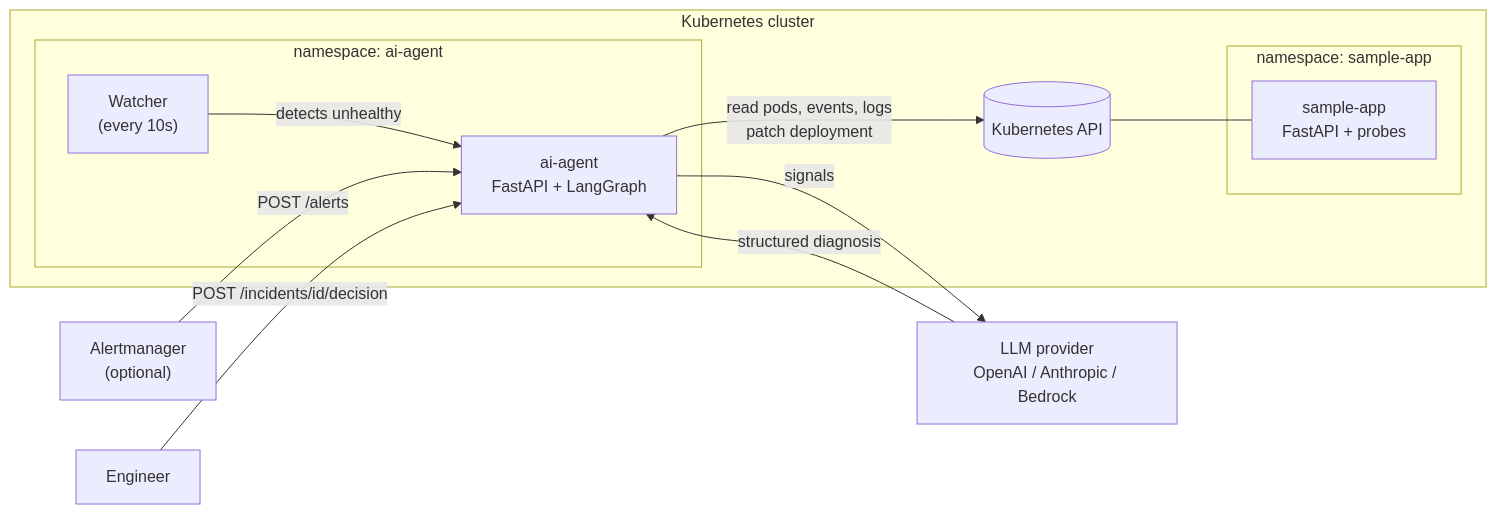
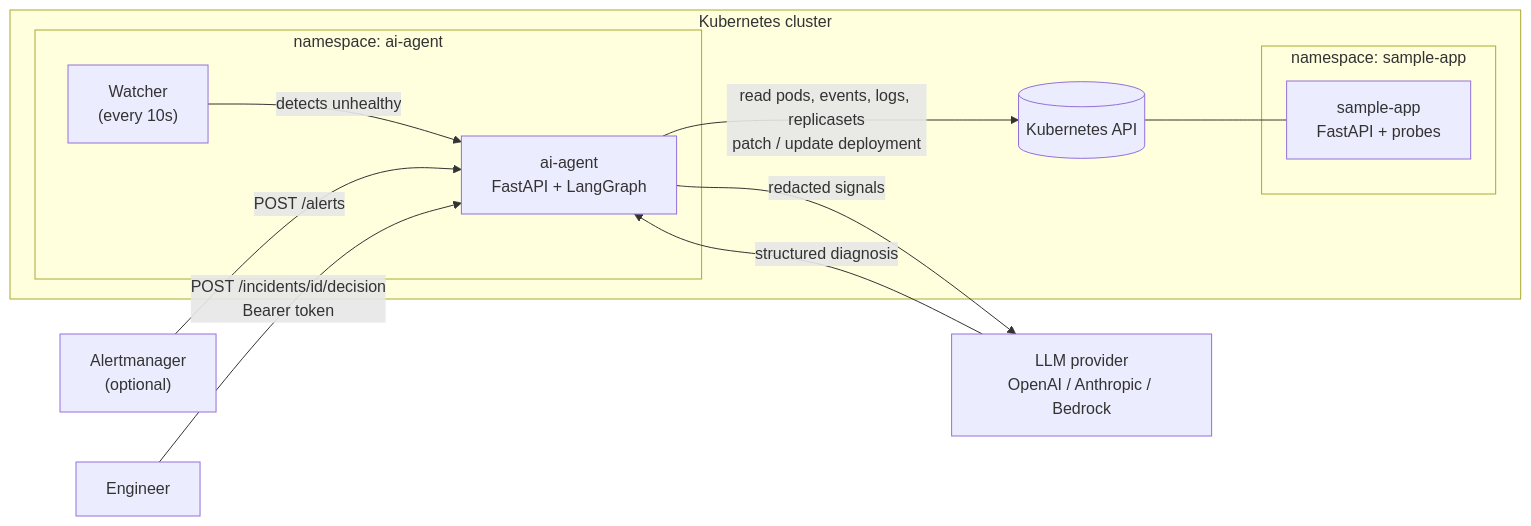
The first of 2 diagrams in README.md (KarthikKumarBA/ai-agent-platform), drawn with Mermaid before and after one commit. The commit also changed other lines of this file and 12 other files, not shown here.

Commit message:
Add rollback, approval expiry, API token auth, secret redaction, tests and README update

````diff
--- a/README.md
+++ b/README.md
@@ -9,25 +9,25 @@
 ```mermaid
 flowchart LR
     subgraph cluster["Kubernetes cluster"]
         subgraph ns1["namespace: sample-app"]
             APP["sample-app<br/>FastAPI + probes"]
         end
         subgraph ns2["namespace: ai-agent"]
             AGENT["ai-agent<br/>FastAPI + LangGraph"]
             W["Watcher<br/>(every 10s)"]
         end
         API[("Kubernetes API")]
     end
 
     LLM["LLM provider<br/>OpenAI / Anthropic / Bedrock"]
     HUMAN["Engineer"]
     AM["Alertmanager<br/>(optional)"]
 
     W -->|detects unhealthy| AGENT
     AM -->|POST /alerts| AGENT
-    AGENT -->|read pods, events, logs<br/>patch deployment| API
+    AGENT -->|read pods, events, logs, replicasets<br/>patch / update deployment| API
     API --- APP
-    AGENT -->|signals| LLM
+    AGENT -->|redacted signals| LLM
     LLM -->|structured diagnosis| AGENT
-    HUMAN -->|POST /incidents/id/decision| AGENT
+    HUMAN -->|POST /incidents/id/decision<br/>Bearer token| AGENT
 ```
````
